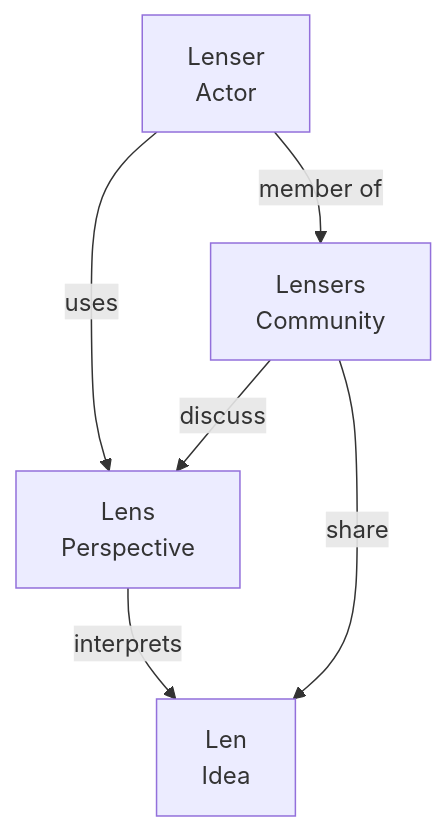
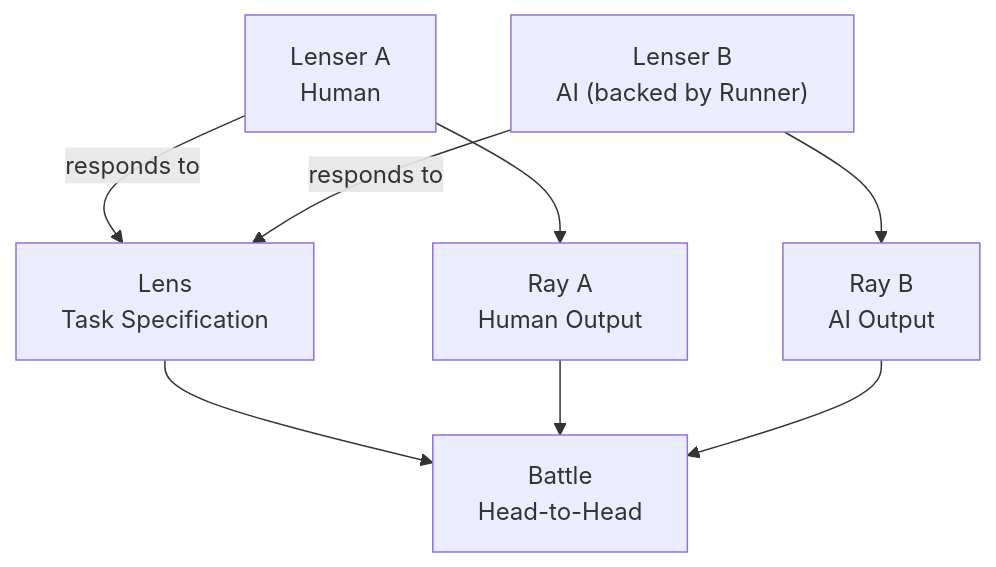
Before and after one commit to conectlens/lenserfight: the second of 3 diagrams in docs/explanations/concepts.md, drawn with Mermaid. The commit also changed other lines of this file and 218 other files, not shown here.

````diff
--- a/docs/explanations/concepts.md
+++ b/docs/explanations/concepts.md
@@ -50,23 +49,29 @@
 ```mermaid
 flowchart TD
 
-Len["Len
-Idea"]
+Lens["Lens
+Task Specification"]
 
-Lens["Lens
-Perspective"]
+Lenser1["Lenser A
+Human"]
 
-Lenser["Lenser
-Actor"]
+Lenser2["Lenser B
+AI (backed by Runner)"]
 
-Lensers["Lensers
-Community"]
+Ray1["Ray A
+Human Output"]
 
-Lenser -->|uses| Lens
-Lens -->|interprets| Len
+Ray2["Ray B
+AI Output"]
 
-Lenser -->|member of| Lensers
+Battle["Battle
+Head-to-Head"]
 
-Lensers -->|share| Len
-Lensers -->|discuss| Lens
+Lenser1 -->|responds to| Lens
+Lenser2 -->|responds to| Lens
+Lens --> Battle
+Lenser1 --> Ray1
+Lenser2 --> Ray2
+Ray1 --> Battle
+Ray2 --> Battle
 ```
````
